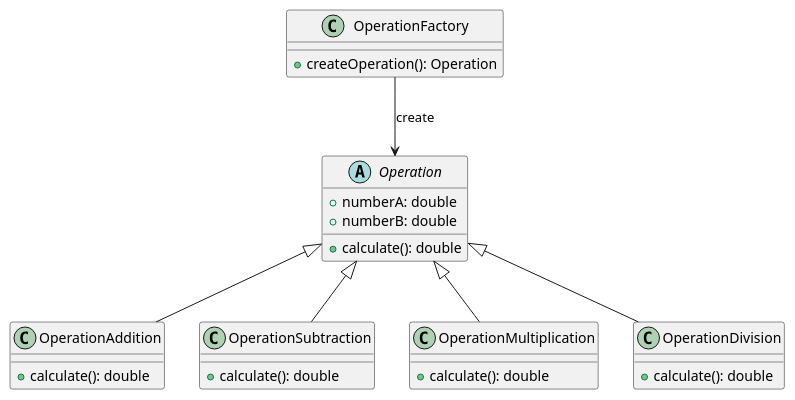
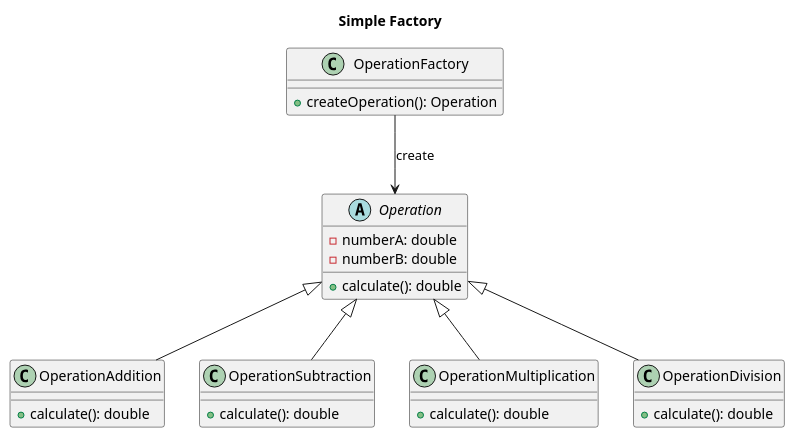
One commit to ToryZhou/design-pattern changed the diagram in src/main/java/com/job/designpattern/simplefactory/OperationUml.puml. Above: the diagram before and after it, drawn with PlantUML. The commit also changed other lines of this file and 5 other files, not shown here.

Commit message:
Add strategy uml

```diff
--- a/src/main/java/com/job/designpattern/simplefactory/OperationUml.puml
+++ b/src/main/java/com/job/designpattern/simplefactory/OperationUml.puml
@@ -1,28 +2,29 @@
 @startuml
+title Simple Factory
 abstract class Operation{
-    +numberA: double
-    +numberB: double
+    -numberA: double
+    -numberB: double
     +calculate(): double
 }
 class OperationAddition{
     +calculate(): double
 }
 class OperationSubtraction{
     +calculate(): double
 }
 class OperationMultiplication{
    +calculate(): double
 }
 class OperationDivision{
     +calculate(): double
 }
 class OperationFactory{
     +createOperation(): Operation
 }
 
 Operation <|-- OperationAddition
 Operation <|-- OperationSubtraction
 Operation <|-- OperationMultiplication
 Operation <|-- OperationDivision
 OperationFactory --> Operation: create
 @enduml
```
